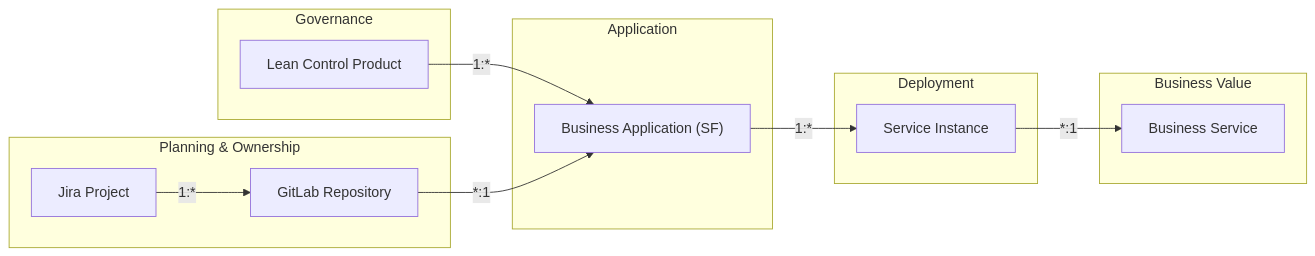
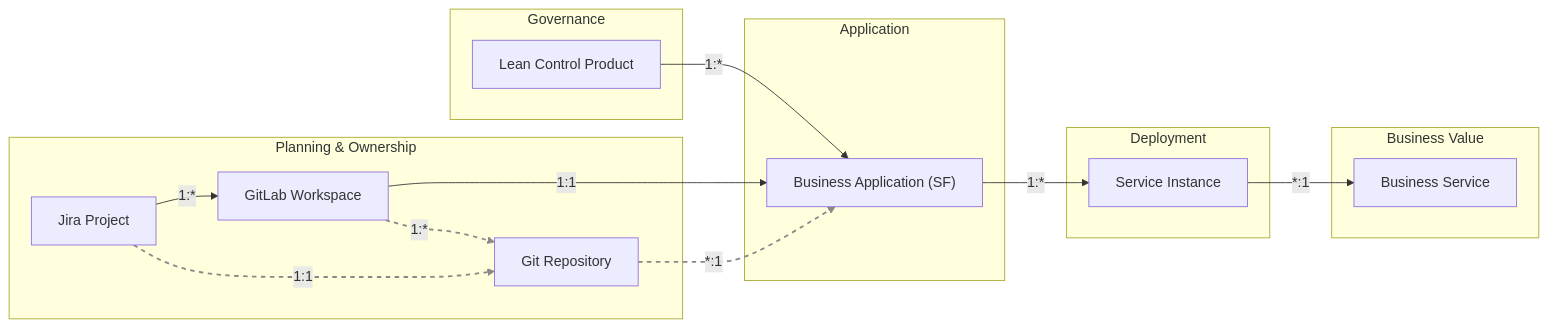
The diagram in model_flow.mmd (kingfadzi/lct_data), drawn with Mermaid before and after one commit. The commit also changed 2 other files, not shown here.

```diff
--- a/model_flow.mmd
+++ b/model_flow.mmd
@@ -1,27 +1,36 @@
 flowchart LR
     subgraph Governance["Governance"]
         LCP["Lean Control Product"]
     end
 
     subgraph Planning["Planning & Ownership"]
         Jira["Jira Project"]
-        Git["GitLab Repository"]
+        GitWS["GitLab Workspace"]
+        GitRepo["Git Repository"]
     end
 
     subgraph Development["Application"]
         BA["Business Application (SF)"]
     end
 
     subgraph Deployment["Deployment"]
         SI["Service Instance"]
     end
 
     subgraph Value["Business Value"]
         BS["Business Service"]
     end
 
     LCP -- "1:*" --> BA
-    Git -- "*:1" --> BA
-    Jira -- "1:*" --> Git
+    GitWS -. "1:*" .-> GitRepo
+    GitWS -- "1:1" --> BA
+    Jira -- "1:*" --> GitWS
     BA -- "1:*" --> SI
     SI -- "*:1" --> BS
+    GitRepo -. "*:1" .-> BA
+    Jira -. "1:1" .-> GitRepo
+
+%% Style dotted lines in gray
+    linkStyle 1 stroke:#888,stroke-width:2px,stroke-dasharray: 5,5;
+linkStyle 6 stroke:#888,stroke-width:2px,stroke-dasharray: 5,5;
+linkStyle 7 stroke:#888,stroke-width:2px,stroke-dasharray: 5,5;
```
